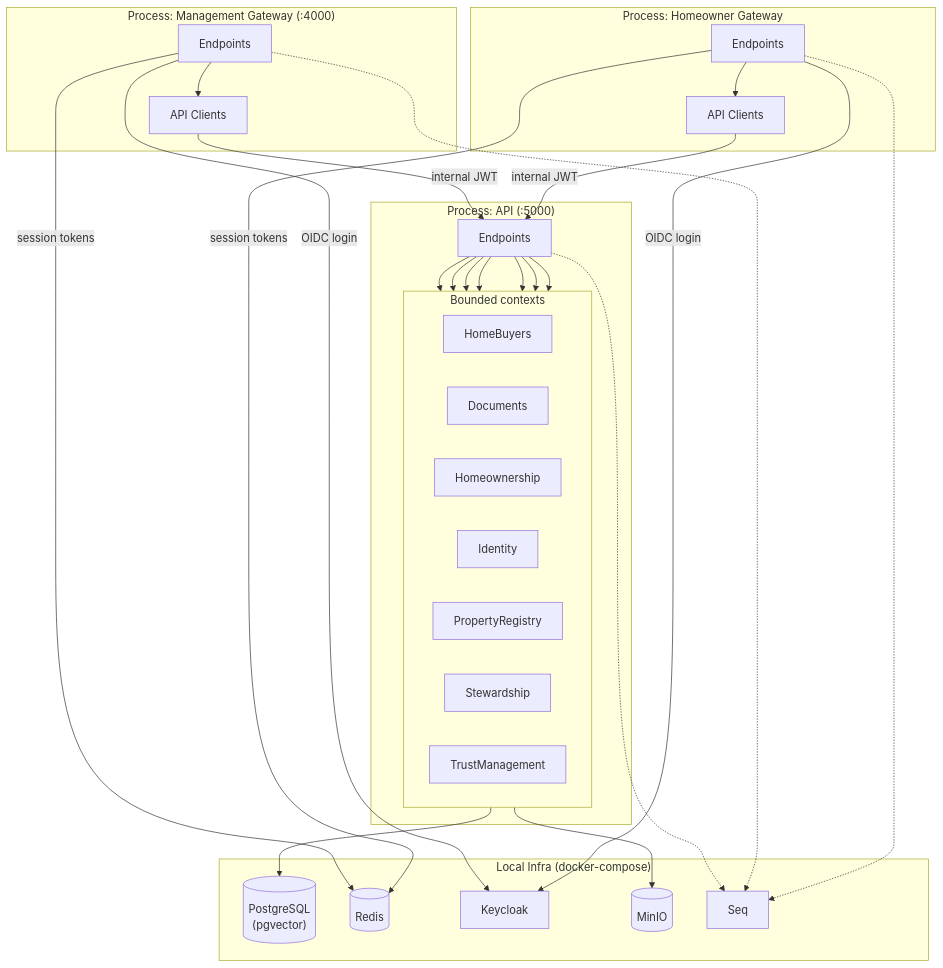
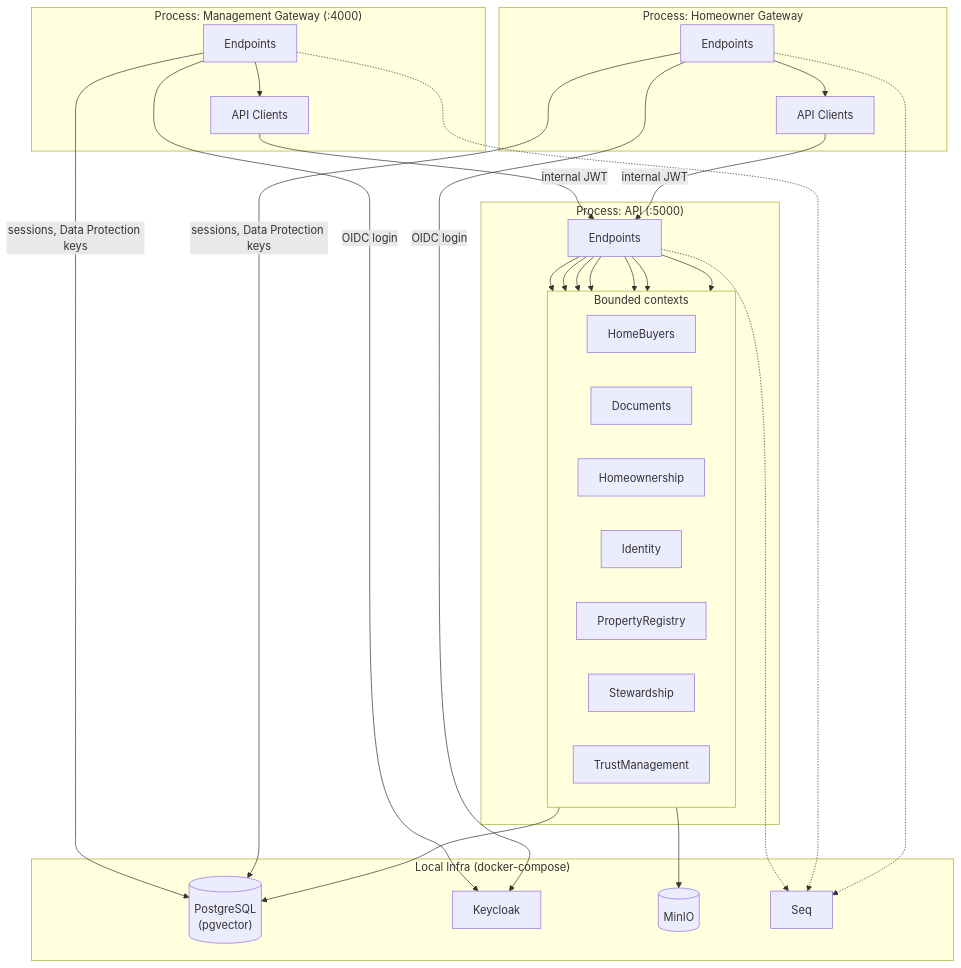
Before and after one commit to pkarlsson-codes/common-ground: the diagram in docs/architecture.md, drawn with Mermaid. The commit also changed other lines of this file and 25 other files, not shown here.

First line of the commit message:
feat(gateway): keep sessions and Data Protection keys in Postgres, remove Redis

````diff
--- a/docs/architecture.md
+++ b/docs/architecture.md
@@ -5,56 +5,55 @@
 ```mermaid
 flowchart TB
     subgraph GatewayMgmt["Process: Management Gateway (:4000)"]
         MgmtEndpoints["Endpoints"]
         MgmtClients["API Clients"]
         MgmtEndpoints --> MgmtClients
     end
 
     subgraph GatewayHome["Process: Homeowner Gateway"]
         HomeEndpoints["Endpoints"]
         HomeClients["API Clients"]
         HomeEndpoints --> HomeClients
     end
 
     subgraph API["Process: API (:5000)"]
         ApiEndpoints["Endpoints"]
         subgraph Contexts["Bounded contexts"]
             direction LR
             HomeBuyers["HomeBuyers"]
             Documents["Documents"]
             Homeownership["Homeownership"]
             Identity["Identity"]
             PropertyRegistry["PropertyRegistry"]
             Stewardship["Stewardship"]
             TrustManagement["TrustManagement"]
         end
         ApiEndpoints --> HomeBuyers
         ApiEndpoints --> Documents
         ApiEndpoints --> Homeownership
         ApiEndpoints --> Identity
         ApiEndpoints --> PropertyRegistry
         ApiEndpoints --> Stewardship
         ApiEndpoints --> TrustManagement
     end
 
     subgraph Infra["Local Infra (docker-compose)"]
         Postgres[("PostgreSQL<br/>(pgvector)")]
-        Redis[("Redis")]
         Keycloak["Keycloak"]
         MinIO[("MinIO")]
         Seq["Seq"]
     end
 
     MgmtClients -- "internal JWT" --> ApiEndpoints
     HomeClients -- "internal JWT" --> ApiEndpoints
     MgmtEndpoints -- "OIDC login" --> Keycloak
-    MgmtEndpoints -- "session tokens" --> Redis
+    MgmtEndpoints -- "sessions, Data Protection keys" --> Postgres
     HomeEndpoints -- "OIDC login" --> Keycloak
-    HomeEndpoints -- "session tokens" --> Redis
+    HomeEndpoints -- "sessions, Data Protection keys" --> Postgres
 
     Contexts --> Postgres
     Documents --> MinIO
     ApiEndpoints -.-> Seq
     MgmtEndpoints -.-> Seq
     HomeEndpoints -.-> Seq
 ```
````
